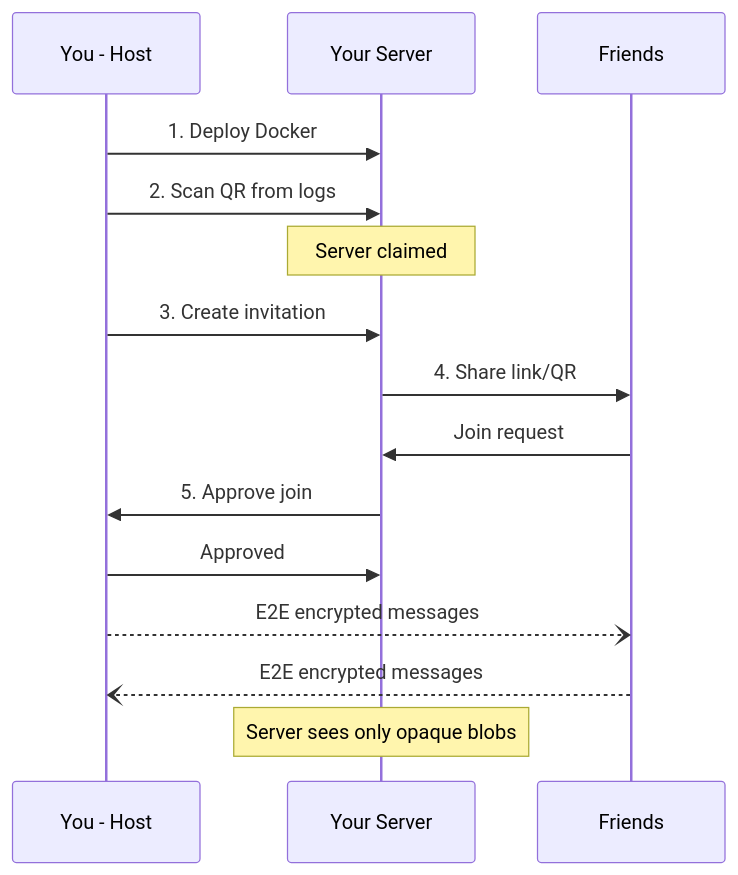
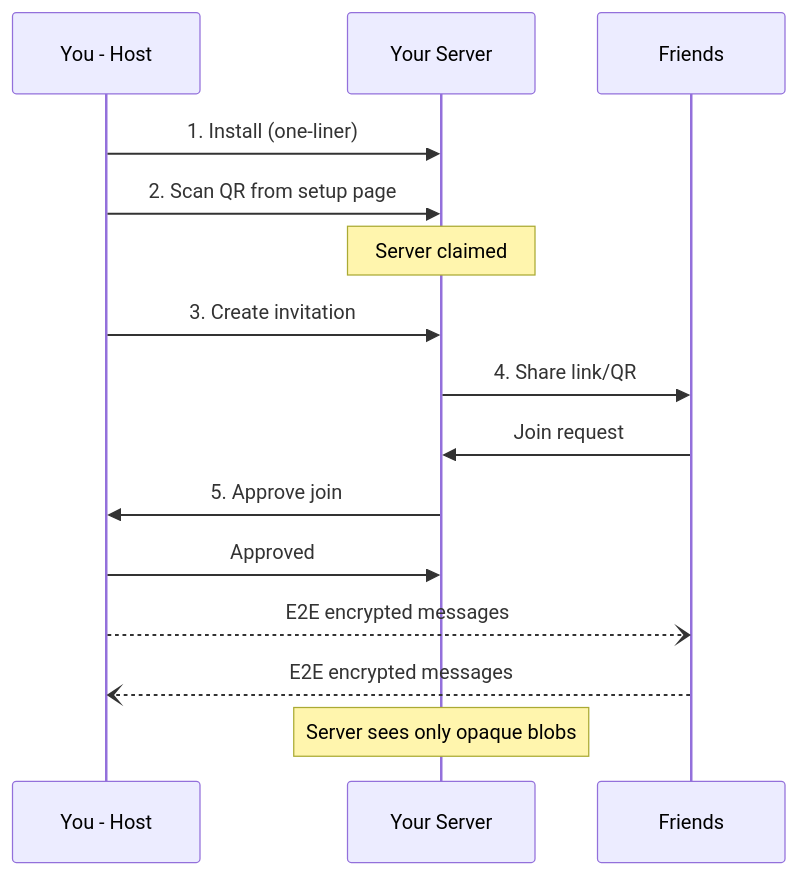
Before and after one commit to Olib-AI/StealthRelay: the first of 3 diagrams in README.md, drawn with Mermaid.

Commit message:
Move Quick Start to top of README, remove duplicate section

````diff
--- a/README.md
+++ b/README.md
@@ -24,21 +78,21 @@
 ```mermaid
 sequenceDiagram
     participant Host as You - Host
     participant Server as Your Server
     participant Friends as Friends
 
-    Host->>Server: 1. Deploy Docker
-    Host->>Server: 2. Scan QR from logs
+    Host->>Server: 1. Install (one-liner)
+    Host->>Server: 2. Scan QR from setup page
     Note over Server: Server claimed
 
     Host->>Server: 3. Create invitation
     Server->>Friends: 4. Share link/QR
 
     Friends->>Server: Join request
     Server->>Host: 5. Approve join
     Host->>Server: Approved
 
     Host--)Friends: E2E encrypted messages
     Friends--)Host: E2E encrypted messages
     Note over Server: Server sees only opaque blobs
 ```
````
